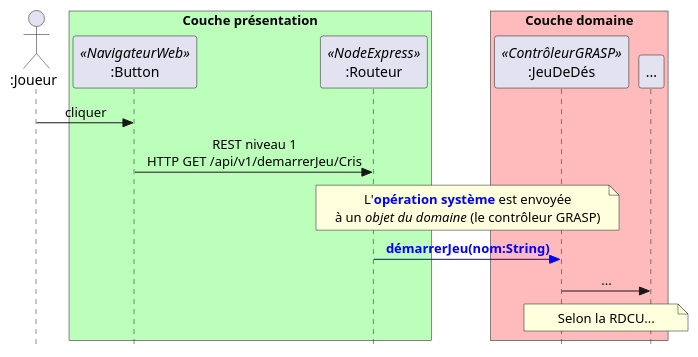
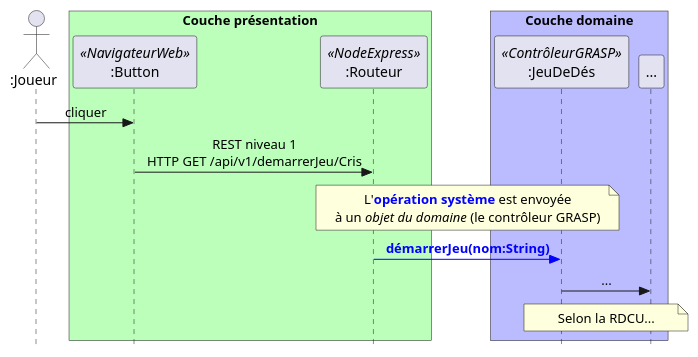
One commit to profcfuhrmanets/log210-jeu-de-des-node-express-ts changed the diagram in docs/dss-details-demarrerJeu.puml. Above: the diagram before and after it, drawn with PlantUML.

Commit message:
Bleu pour couche présentation

```diff
--- a/docs/dss-details-demarrerJeu.puml
+++ b/docs/dss-details-demarrerJeu.puml
@@ -1,25 +1,25 @@
 @startuml
 skinparam style strictuml
 skinparam backgroundcolor transparent
 'skinparam handwritten true
 skinparam sequenceMessageAlign center
 actor ":Joueur" as j
 box "Couche présentation" #bbffbb
 participant ":Button" as b <<NavigateurWeb>> 
 participant ":Routeur" as r <<NodeExpress>>
 end box
-box "Couche domaine" #ffbbbb
+box "Couche domaine" #bbbbff
 participant ":JeuDeDés" as c <<ContrôleurGRASP>>
 participant "..." as s
 end box
 j -> b : cliquer
 b -> r : REST niveau 1\nHTTP GET /api/v1/demarrerJeu/Cris
 skinparam NoteTextAlignment center
 note over r, c
 L'<color blue>**opération système**</color> est envoyée
 à un //objet du domaine// (le contrôleur GRASP)
 end note
 r -[#blue,bold]> c : <color blue>**démarrerJeu(nom:String)**</color>
 c -> s : ...
 note over c, s : Selon la RDCU...
 @enduml
```
